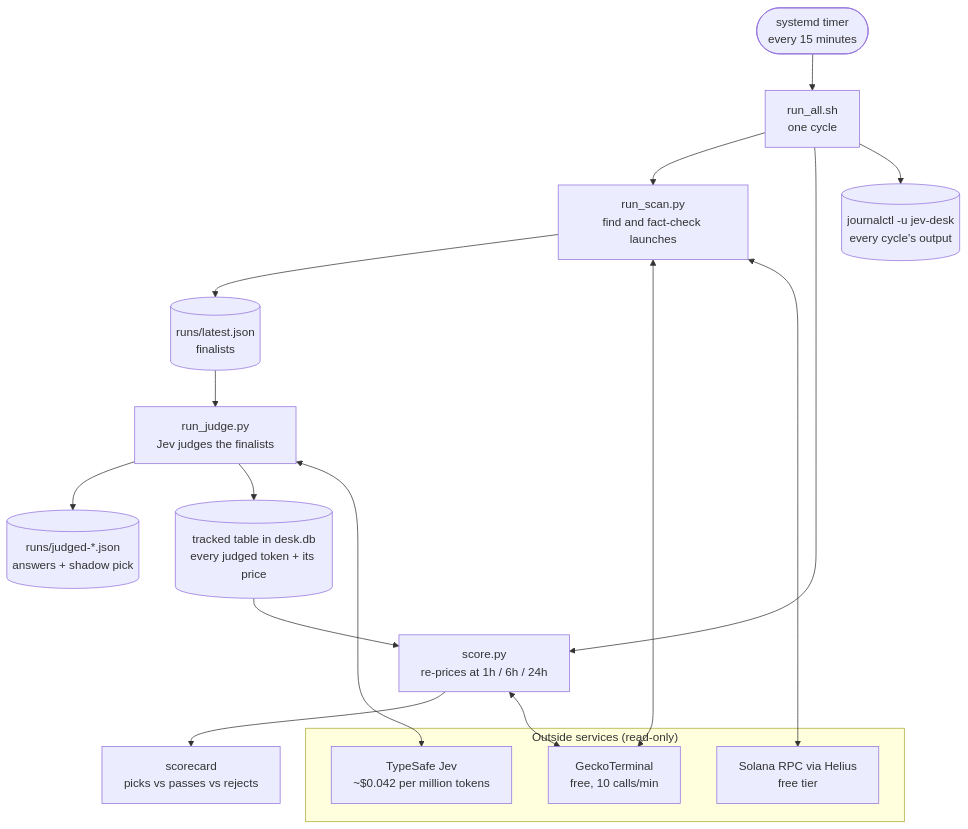
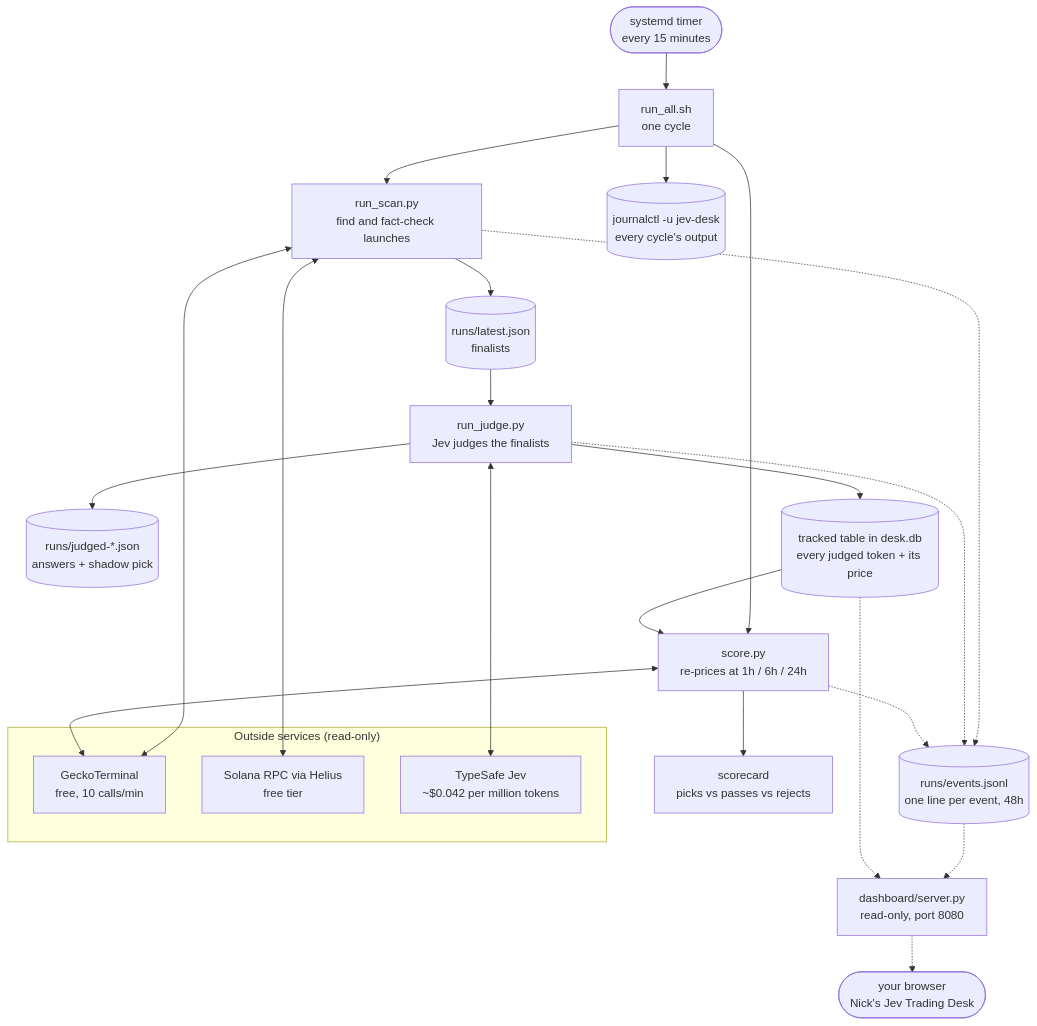
Before and after one commit to NickHammer/jev-desk: the first of 9 diagrams in ARCHITECTURE.md, drawn with Mermaid. The commit also changed other lines of this file and 12 other files, not shown here.

First line of the commit message:
Dashboard step 1: event log, read-only server, every panel on real data

````diff
--- a/ARCHITECTURE.md
+++ b/ARCHITECTURE.md
@@ -11,25 +11,29 @@
 ```mermaid
 flowchart TD
     timer(["systemd timer<br/>every 15 minutes"])
     timer --> cycle["run_all.sh<br/>one cycle"]
     cycle --> scan["run_scan.py<br/>find and fact-check launches"]
     scan --> latest[("runs/latest.json<br/>finalists")]
     latest --> judgeRun["run_judge.py<br/>Jev judges the finalists"]
     judgeRun --> judged[("runs/judged-*.json<br/>answers + shadow pick")]
     judgeRun --> tracked[("tracked table in desk.db<br/>every judged token + its price")]
     cycle --> scoreRun["score.py<br/>re-prices at 1h / 6h / 24h"]
     tracked --> scoreRun
     scoreRun --> card["scorecard<br/>picks vs passes vs rejects"]
     cycle --> logs[("journalctl -u jev-desk<br/>every cycle's output")]
+    scan & judgeRun & scoreRun -.-> ev[("runs/events.jsonl<br/>one line per event, 48h")]
+    ev -.-> dash["dashboard/server.py<br/>read-only, port 8080"]
+    tracked -.-> dash
+    dash -.-> browser(["your browser<br/>Nick's Jev Trading Desk"])
 
     subgraph ext["Outside services (read-only)"]
         gt["GeckoTerminal<br/>free, 10 calls/min"]
         rpc["Solana RPC via Helius<br/>free tier"]
         jev["TypeSafe Jev<br/>~$0.042 per million tokens"]
     end
 
     scan <--> gt
     scan <--> rpc
     judgeRun <--> jev
     scoreRun <--> gt
 ```
````
